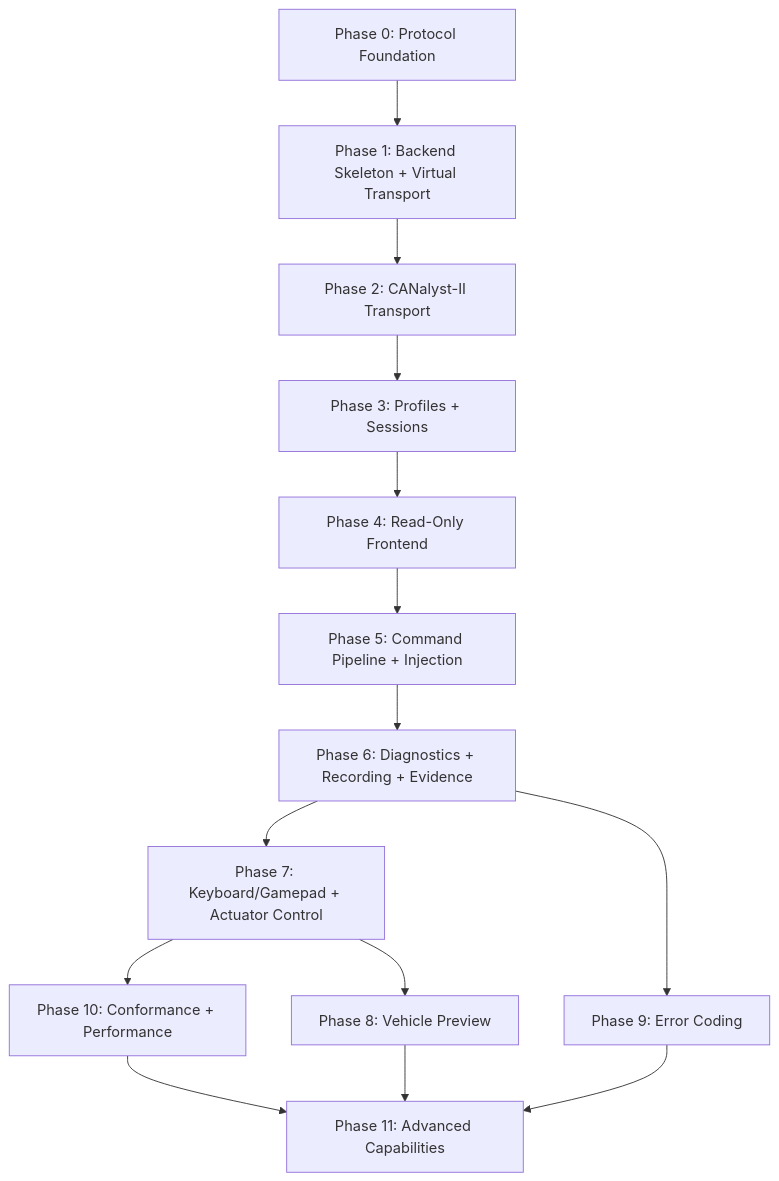
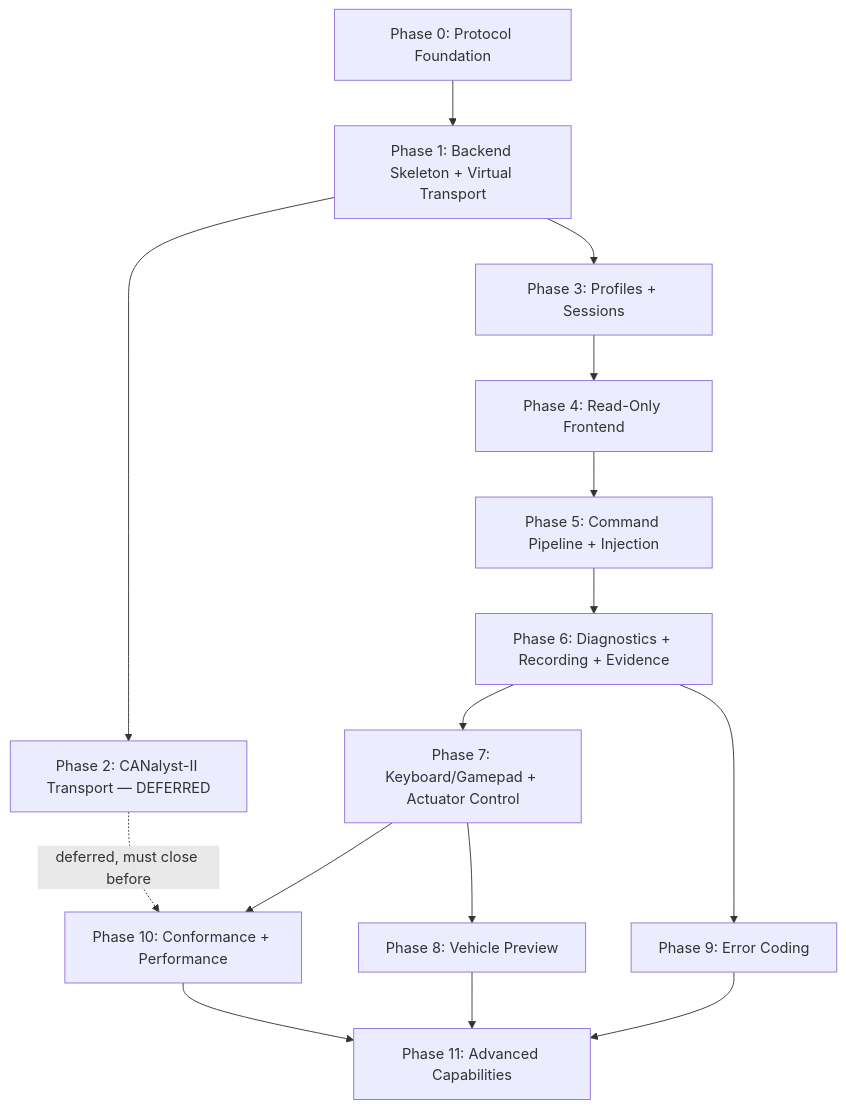
The diagram in vt-console/workplan.md (shakilapr/etrike), drawn with Mermaid before and after one commit. The commit also changed other lines of this file and 13 other files, not shown here.

First line of the commit message:
feat(vtc): implement Phase 3 profiles, session FSM, Bench TX, and ownership leases

````diff
--- a/vt-console/workplan.md
+++ b/vt-console/workplan.md
@@ -1156,16 +1165,17 @@
 ```mermaid
 flowchart TD
     P0[Phase 0: Protocol Foundation] --> P1[Phase 1: Backend Skeleton + Virtual Transport]
-    P1 --> P2[Phase 2: CANalyst-II Transport]
-    P2 --> P3[Phase 3: Profiles + Sessions]
+    P1 --> P2[Phase 2: CANalyst-II Transport — DEFERRED]
+    P1 --> P3[Phase 3: Profiles + Sessions]
+    P2 -.deferred, must close before.-> P10
     P3 --> P4[Phase 4: Read-Only Frontend]
     P4 --> P5[Phase 5: Command Pipeline + Injection]
     P5 --> P6[Phase 6: Diagnostics + Recording + Evidence]
     P6 --> P7[Phase 7: Keyboard/Gamepad + Actuator Control]
     P7 --> P8[Phase 8: Vehicle Preview]
     P6 --> P9[Phase 9: Error Coding]
     P7 --> P10[Phase 10: Conformance + Performance]
     P10 --> P11[Phase 11: Advanced Capabilities]
     P8 --> P11
     P9 --> P11
 ```
````
